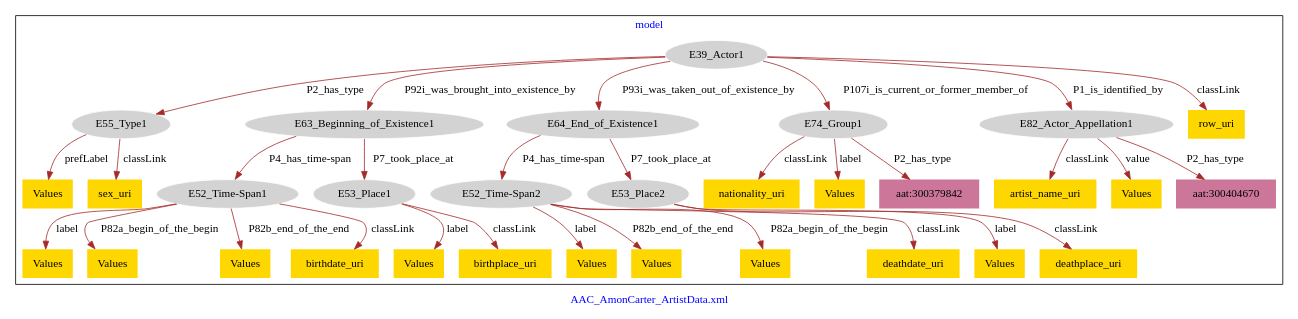
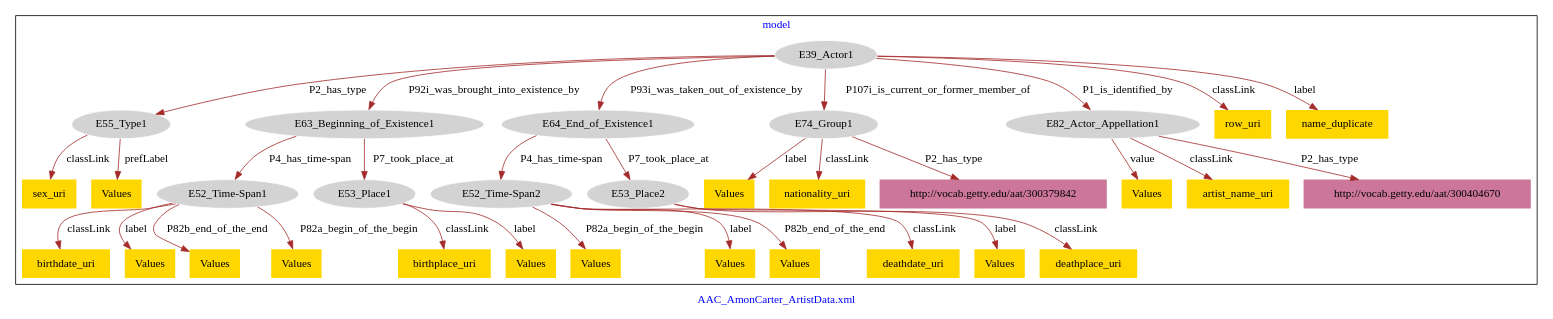
Before and after one commit to american-art/acm: the diagram in ArtistData/acm-artist-model.dot, drawn with Graphviz.

Commit message:
Update file acm-artist-model.dot

```diff
--- a/ArtistData/acm-artist-model.dot
+++ b/ArtistData/acm-artist-model.dot
@@ -1,69 +1,71 @@
 digraph n0 {
 fontcolor="blue"
 remincross="true"
 label="AAC_AmonCarter_ArtistData.xml"
 subgraph cluster {
 label="model"
 n2[style="filled",color="white",fillcolor="lightgray",label="E39_Actor1"];
 n3[style="filled",color="white",fillcolor="lightgray",label="E55_Type1"];
 n4[style="filled",color="white",fillcolor="lightgray",label="E63_Beginning_of_Existence1"];
 n5[style="filled",color="white",fillcolor="lightgray",label="E64_End_of_Existence1"];
 n6[style="filled",color="white",fillcolor="lightgray",label="E74_Group1"];
 n7[style="filled",color="white",fillcolor="lightgray",label="E82_Actor_Appellation1"];
 n8[style="filled",color="white",fillcolor="lightgray",label="E52_Time-Span1"];
 n9[style="filled",color="white",fillcolor="lightgray",label="E53_Place1"];
 n10[style="filled",color="white",fillcolor="lightgray",label="E52_Time-Span2"];
 n11[style="filled",color="white",fillcolor="lightgray",label="E53_Place2"];
-n12[shape="plaintext",style="filled",fillcolor="gold",label="row_uri"];
+n12[shape="plaintext",style="filled",fillcolor="gold",label="birthplace_uri"];
 n13[shape="plaintext",style="filled",fillcolor="gold",label="Values"];
-n14[shape="plaintext",style="filled",fillcolor="gold",label="nationality_uri"];
+n14[shape="plaintext",style="filled",fillcolor="gold",label="row_uri"];
 n15[shape="plaintext",style="filled",fillcolor="gold",label="Values"];
 n16[shape="plaintext",style="filled",fillcolor="gold",label="Values"];
-n17[shape="plaintext",style="filled",fillcolor="gold",label="artist_name_uri"];
+n17[shape="plaintext",style="filled",fillcolor="gold",label="birthdate_uri"];
 n18[shape="plaintext",style="filled",fillcolor="gold",label="Values"];
-n19[shape="plaintext",style="filled",fillcolor="gold",label="Values"];
+n19[shape="plaintext",style="filled",fillcolor="gold",label="sex_uri"];
 n20[shape="plaintext",style="filled",fillcolor="gold",label="Values"];
 n21[shape="plaintext",style="filled",fillcolor="gold",label="Values"];
 n22[shape="plaintext",style="filled",fillcolor="gold",label="Values"];
 n23[shape="plaintext",style="filled",fillcolor="gold",label="Values"];
 n24[shape="plaintext",style="filled",fillcolor="gold",label="Values"];
-n25[shape="plaintext",style="filled",fillcolor="gold",label="Values"];
-n26[shape="plaintext",style="filled",fillcolor="gold",label="deathdate_uri"];
-n27[shape="plaintext",style="filled",fillcolor="gold",label="birthdate_uri"];
-n28[shape="plaintext",style="filled",fillcolor="gold",label="sex_uri"];
-n29[shape="plaintext",style="filled",fillcolor="gold",label="birthplace_uri"];
-n30[shape="plaintext",style="filled",fillcolor="gold",label="deathplace_uri"];
-n31[shape="plaintext",style="filled",fillcolor="#CC7799",label="aat:300379842"];
-n32[shape="plaintext",style="filled",fillcolor="#CC7799",label="aat:300404670"];
+n25[shape="plaintext",style="filled",fillcolor="gold",label="deathplace_uri"];
+n26[shape="plaintext",style="filled",fillcolor="gold",label="Values"];
+n27[shape="plaintext",style="filled",fillcolor="gold",label="Values"];
+n28[shape="plaintext",style="filled",fillcolor="gold",label="deathdate_uri"];
+n29[shape="plaintext",style="filled",fillcolor="gold",label="name_duplicate"];
+n30[shape="plaintext",style="filled",fillcolor="gold",label="nationality_uri"];
+n31[shape="plaintext",style="filled",fillcolor="gold",label="artist_name_uri"];
+n32[shape="plaintext",style="filled",fillcolor="#CC7799",label="http://vocab.getty.edu/aat/300379842"];
+n33[shape="plaintext",style="filled",fillcolor="#CC7799",label="http://vocab.getty.edu/aat/300404670"];
 }
 n2 -> n3[color="brown",fontcolor="black",label="P2_has_type"]
 n2 -> n4[color="brown",fontcolor="black",label="P92i_was_brought_into_existence_by"]
 n2 -> n5[color="brown",fontcolor="black",label="P93i_was_taken_out_of_existence_by"]
 n2 -> n6[color="brown",fontcolor="black",label="P107i_is_current_or_former_member_of"]
 n2 -> n7[color="brown",fontcolor="black",label="P1_is_identified_by"]
 n4 -> n8[color="brown",fontcolor="black",label="P4_has_time-span"]
 n4 -> n9[color="brown",fontcolor="black",label="P7_took_place_at"]
 n5 -> n10[color="brown",fontcolor="black",label="P4_has_time-span"]
 n5 -> n11[color="brown",fontcolor="black",label="P7_took_place_at"]
-n2 -> n12[color="brown",fontcolor="black",label="classLink"]
-n10 -> n13[color="brown",fontcolor="black",label="label"]
-n6 -> n14[color="brown",fontcolor="black",label="classLink"]
-n3 -> n15[color="brown",fontcolor="black",label="prefLabel"]
-n8 -> n16[color="brown",fontcolor="black",label="label"]
-n7 -> n17[color="brown",fontcolor="black",label="classLink"]
-n11 -> n18[color="brown",fontcolor="black",label="label"]
-n6 -> n19[color="brown",fontcolor="black",label="label"]
-n10 -> n20[color="brown",fontcolor="black",label="P82b_end_of_the_end"]
-n8 -> n21[color="brown",fontcolor="black",label="P82a_begin_of_the_begin"]
-n9 -> n22[color="brown",fontcolor="black",label="label"]
-n8 -> n23[color="brown",fontcolor="black",label="P82b_end_of_the_end"]
-n10 -> n24[color="brown",fontcolor="black",label="P82a_begin_of_the_begin"]
-n7 -> n25[color="brown",fontcolor="black",label="value"]
-n10 -> n26[color="brown",fontcolor="black",label="classLink"]
-n8 -> n27[color="brown",fontcolor="black",label="classLink"]
-n3 -> n28[color="brown",fontcolor="black",label="classLink"]
-n9 -> n29[color="brown",fontcolor="black",label="classLink"]
-n11 -> n30[color="brown",fontcolor="black",label="classLink"]
-n6 -> n31[color="brown",fontcolor="black",label="P2_has_type"]
-n7 -> n32[color="brown",fontcolor="black",label="P2_has_type"]
+n9 -> n12[color="brown",fontcolor="black",label="classLink"]
+n10 -> n13[color="brown",fontcolor="black",label="P82a_begin_of_the_begin"]
+n2 -> n14[color="brown",fontcolor="black",label="classLink"]
+n7 -> n15[color="brown",fontcolor="black",label="value"]
+n10 -> n16[color="brown",fontcolor="black",label="label"]
+n8 -> n17[color="brown",fontcolor="black",label="classLink"]
+n8 -> n18[color="brown",fontcolor="black",label="label"]
+n3 -> n19[color="brown",fontcolor="black",label="classLink"]
+n3 -> n20[color="brown",fontcolor="black",label="prefLabel"]
+n6 -> n21[color="brown",fontcolor="black",label="label"]
+n10 -> n22[color="brown",fontcolor="black",label="P82b_end_of_the_end"]
+n11 -> n23[color="brown",fontcolor="black",label="label"]
+n8 -> n24[color="brown",fontcolor="black",label="P82b_end_of_the_end"]
+n11 -> n25[color="brown",fontcolor="black",label="classLink"]
+n8 -> n26[color="brown",fontcolor="black",label="P82a_begin_of_the_begin"]
+n9 -> n27[color="brown",fontcolor="black",label="label"]
+n10 -> n28[color="brown",fontcolor="black",label="classLink"]
+n2 -> n29[color="brown",fontcolor="black",label="label"]
+n6 -> n30[color="brown",fontcolor="black",label="classLink"]
+n7 -> n31[color="brown",fontcolor="black",label="classLink"]
+n6 -> n32[color="brown",fontcolor="black",label="P2_has_type"]
+n7 -> n33[color="brown",fontcolor="black",label="P2_has_type"]
 }
```
